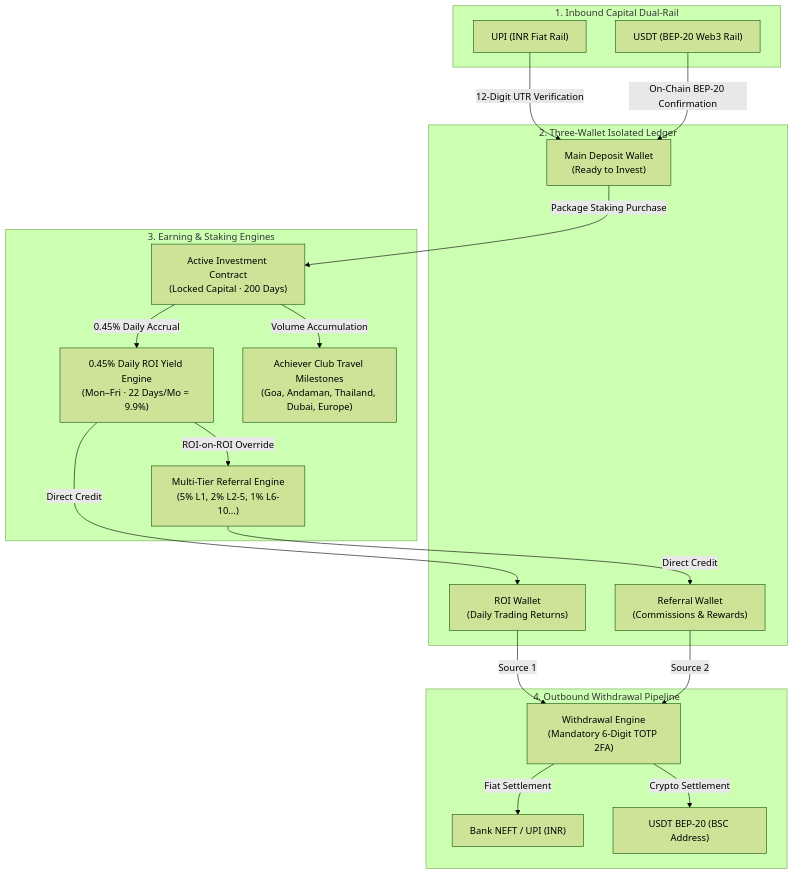
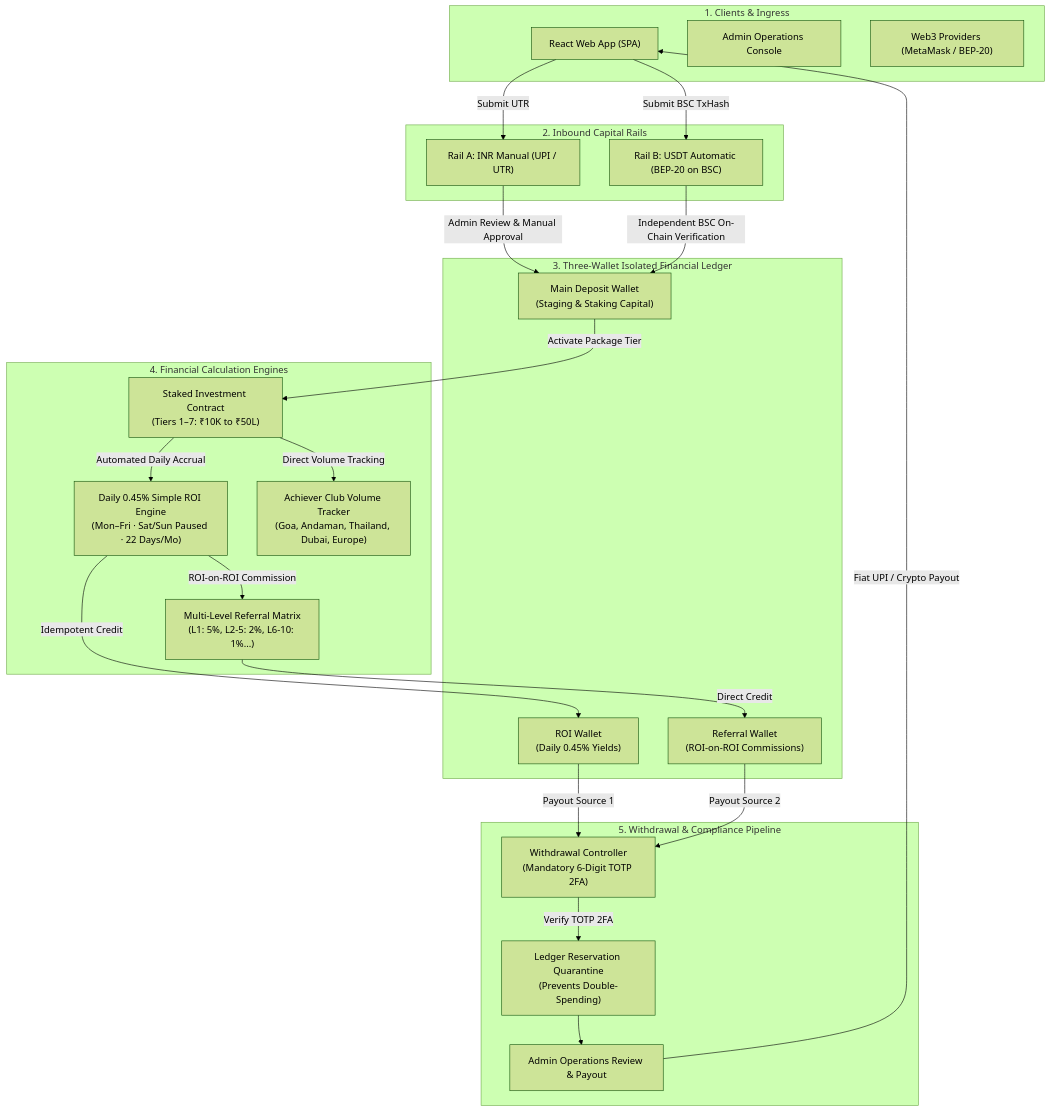
One commit to dharmikthanki12/Unicorn changed the first of 4 diagrams in UNICORN_COMPLETE_SYSTEM_WORKFLOW.md. Above: the diagram before and after it, drawn with Mermaid (forest theme). The commit also changed other lines of this file, not shown here.

````diff
--- a/UNICORN_COMPLETE_SYSTEM_WORKFLOW.md
+++ b/UNICORN_COMPLETE_SYSTEM_WORKFLOW.md
@@ -7,39 +7,50 @@
 ```mermaid
 flowchart TD
-    subgraph Inbound["1. Inbound Capital Dual-Rail"]
-        A1["UPI (INR Fiat Rail)"]
-        A2["USDT (BEP-20 Web3 Rail)"]
+    subgraph Clients["1. Clients & Ingress"]
+        C1["React Web App (SPA)"]
+        C2["Admin Operations Console"]
+        C3["Web3 Providers (MetaMask / BEP-20)"]
     end
 
-    subgraph CoreWallets["2. Three-Wallet Isolated Ledger"]
-        W1["Main Deposit Wallet<br/>(Ready to Invest)"]
-        W2["ROI Wallet<br/>(Daily Trading Returns)"]
-        W3["Referral Wallet<br/>(Commissions & Rewards)"]
+    subgraph DualRail["2. Inbound Capital Rails"]
+        R1["Rail A: INR Manual (UPI / UTR)"]
+        R2["Rail B: USDT Automatic (BEP-20 on BSC)"]
     end
 
-    subgraph Engines["3. Earning & Staking Engines"]
-        E1["Active Investment Contract<br/>(Locked Capital · 200 Days)"]
-        E2["0.45% Daily ROI Yield Engine<br/>(Mon–Fri · 22 Days/Mo = 9.9%)"]
-        E3["Multi-Tier Referral Engine<br/>(5% L1, 2% L2-5, 1% L6-10...)"]
-        E4["Achiever Club Travel Milestones<br/>(Goa, Andaman, Thailand, Dubai, Europe)"]
+    subgraph CoreLedger["3. Three-Wallet Isolated Financial Ledger"]
+        W1["Main Deposit Wallet<br/>(Staging & Staking Capital)"]
+        W2["ROI Wallet<br/>(Daily 0.45% Yields)"]
+        W3["Referral Wallet<br/>(ROI-on-ROI Commissions)"]
     end
 
-    subgraph Outbound["4. Outbound Withdrawal Pipeline"]
-        WD["Withdrawal Engine<br/>(Mandatory 6-Digit TOTP 2FA)"]
-        O1["Bank NEFT / UPI (INR)"]
-        O2["USDT BEP-20 (BSC Address)"]
+    subgraph YieldEngines["4. Financial Calculation Engines"]
+        E1["Staked Investment Contract<br/>(Tiers 1–7: ₹10K to ₹50L)"]
+        E2["Daily 0.45% Simple ROI Engine<br/>(Mon–Fri · Sat/Sun Paused · 22 Days/Mo)"]
+        E3["Multi-Level Referral Matrix<br/>(L1: 5%, L2-5: 2%, L6-10: 1%...)"]
+        E4["Achiever Club Volume Tracker<br/>(Goa, Andaman, Thailand, Dubai, Europe)"]
     end
 
-    A1 -->|12-Digit UTR Verification| W1
-    A2 -->|On-Chain BEP-20 Confirmation| W1
-    W1 -->|Package Staking Purchase| E1
-    E1 -->|0.45% Daily Accrual| E2
-    E2 -->|Direct Credit| W2
-    E2 -->|ROI-on-ROI Override| E3
+    subgraph OutboundPipeline["5. Withdrawal & Compliance Pipeline"]
+        WD["Withdrawal Controller<br/>(Mandatory 6-Digit TOTP 2FA)"]
+        RES["Ledger Reservation Quarantine<br/>(Prevents Double-Spending)"]
+        ADM["Admin Operations Review & Payout"]
+    end
+
+    C1 -->|Submit UTR| R1
+    C1 -->|Submit BSC TxHash| R2
+    R1 -->|Admin Review & Manual Approval| W1
+    R2 -->|Independent BSC On-Chain Verification| W1
+
+    W1 -->|Activate Package Tier| E1
+    E1 -->|Automated Daily Accrual| E2
+    E2 -->|Idempotent Credit| W2
+    E2 -->|ROI-on-ROI Commission| E3
     E3 -->|Direct Credit| W3
-    E1 -->|Volume Accumulation| E4
-    W2 -->|Source 1| WD
-    W3 -->|Source 2| WD
-    WD -->|Fiat Settlement| O1
-    WD -->|Crypto Settlement| O2
+    E1 -->|Direct Volume Tracking| E4
+
+    W2 -->|Payout Source 1| WD
+    W3 -->|Payout Source 2| WD
+    WD -->|Verify TOTP 2FA| RES
+    RES --> ADM
+    ADM -->|Fiat UPI / Crypto Payout| C1
 ```
````
